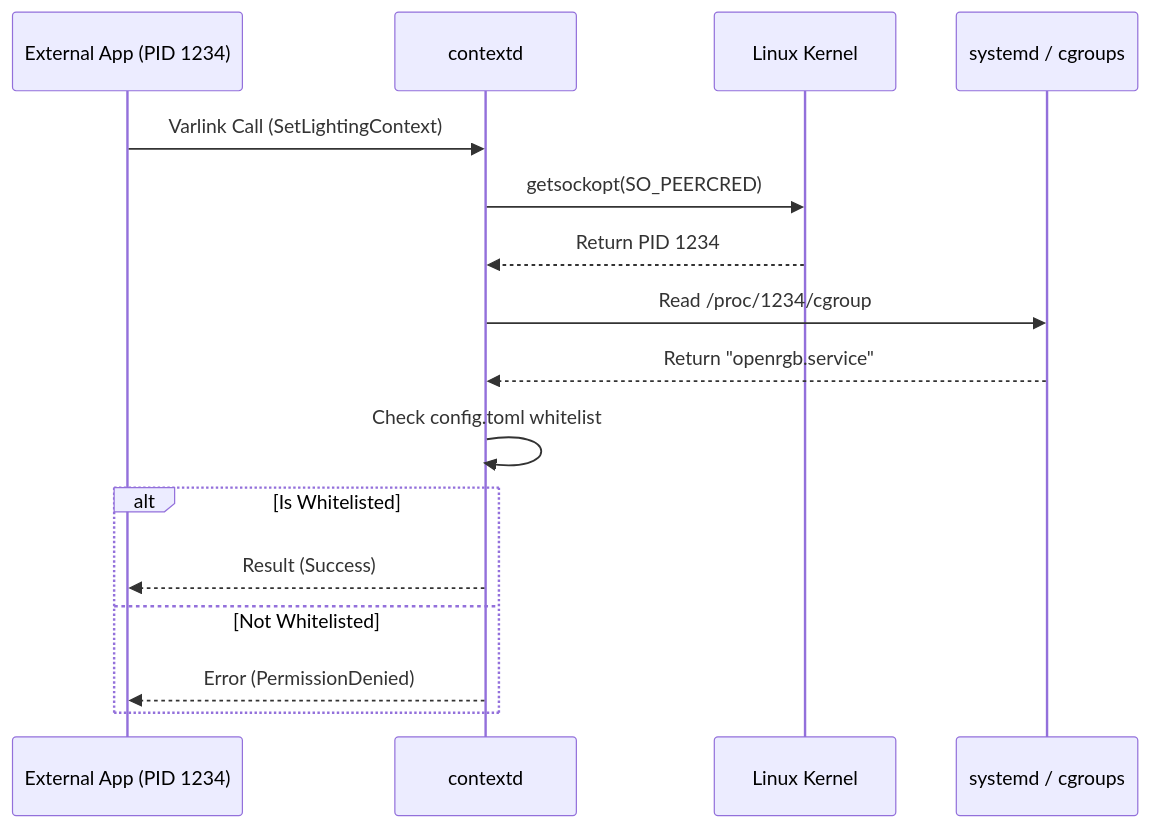
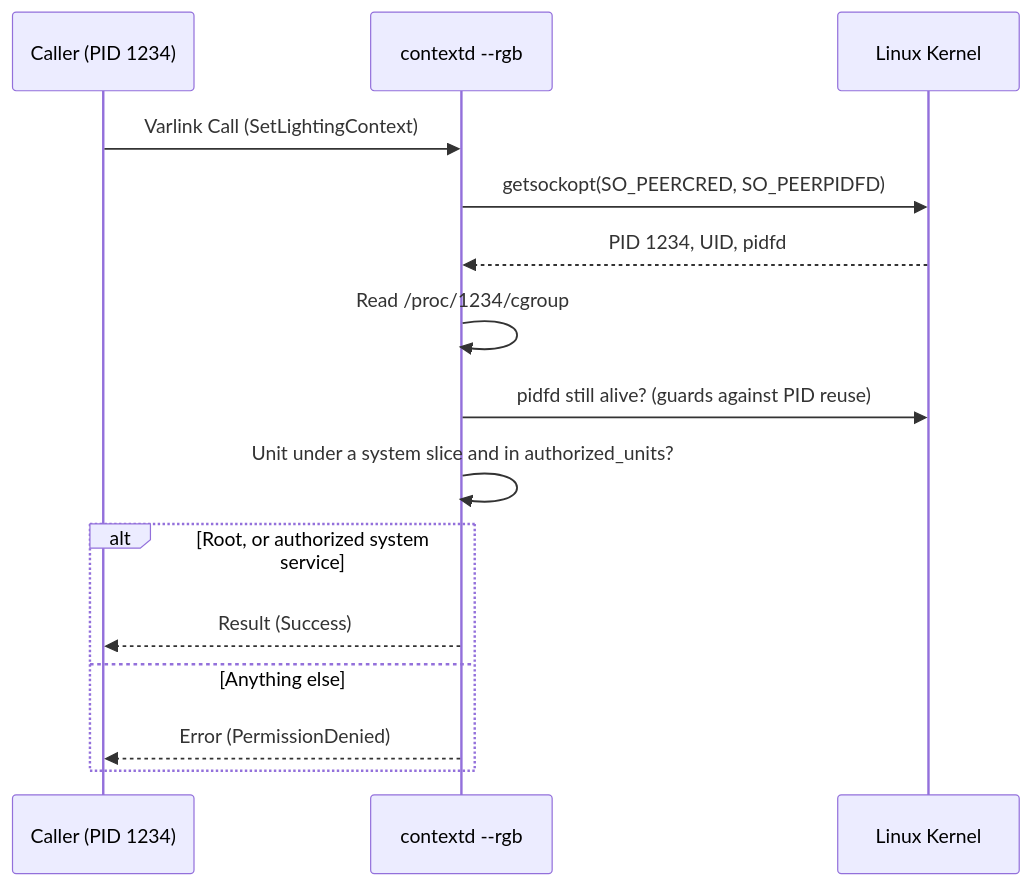
One commit to shanefagan/contextd changed the diagram in docs/security.md. Above: the diagram before and after it, drawn with Mermaid. The commit also changed other lines of this file and 68 other files, not shown here.

````diff
--- a/docs/security.md
+++ b/docs/security.md
@@ -9,19 +21,18 @@
 ```mermaid
 sequenceDiagram
-    participant App as External App (PID 1234)
-    participant Daemon as contextd
+    participant App as Caller (PID 1234)
+    participant Daemon as contextd --rgb
     participant Kernel as Linux Kernel
-    participant systemd as systemd / cgroups
 
     App->>Daemon: Varlink Call (SetLightingContext)
-    Daemon->>Kernel: getsockopt(SO_PEERCRED)
-    Kernel-->>Daemon: Return PID 1234
-    Daemon->>systemd: Read /proc/1234/cgroup
-    systemd-->>Daemon: Return "openrgb.service"
-    Daemon->>Daemon: Check config.toml whitelist
-    alt Is Whitelisted
+    Daemon->>Kernel: getsockopt(SO_PEERCRED, SO_PEERPIDFD)
+    Kernel-->>Daemon: PID 1234, UID, pidfd
+    Daemon->>Daemon: Read /proc/1234/cgroup
+    Daemon->>Kernel: pidfd still alive? (guards against PID reuse)
+    Daemon->>Daemon: Unit under a system slice and in authorized_units?
+    alt Root, or authorized system service
         Daemon-->>App: Result (Success)
-    else Not Whitelisted
+    else Anything else
         Daemon-->>App: Error (PermissionDenied)
     end
 ```
````
